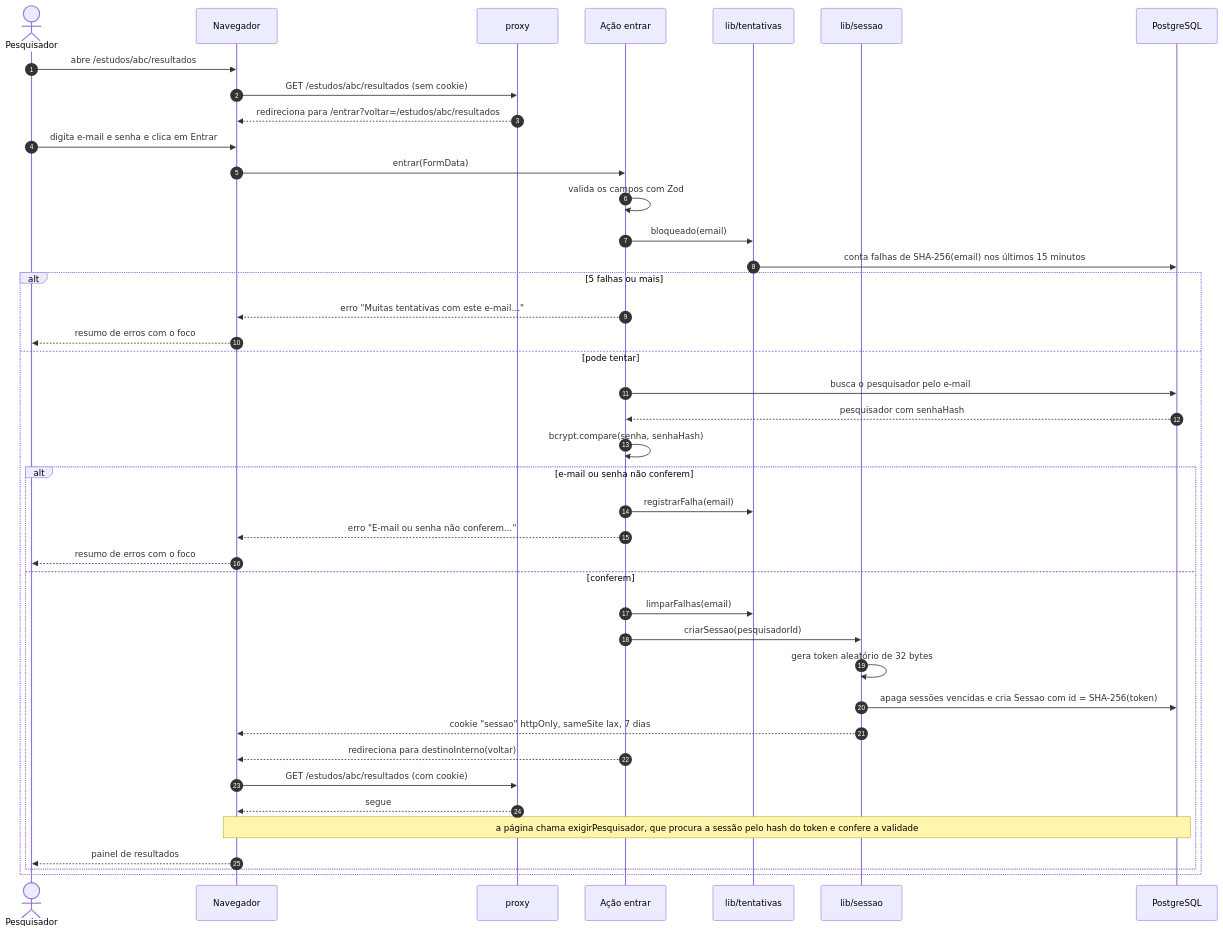
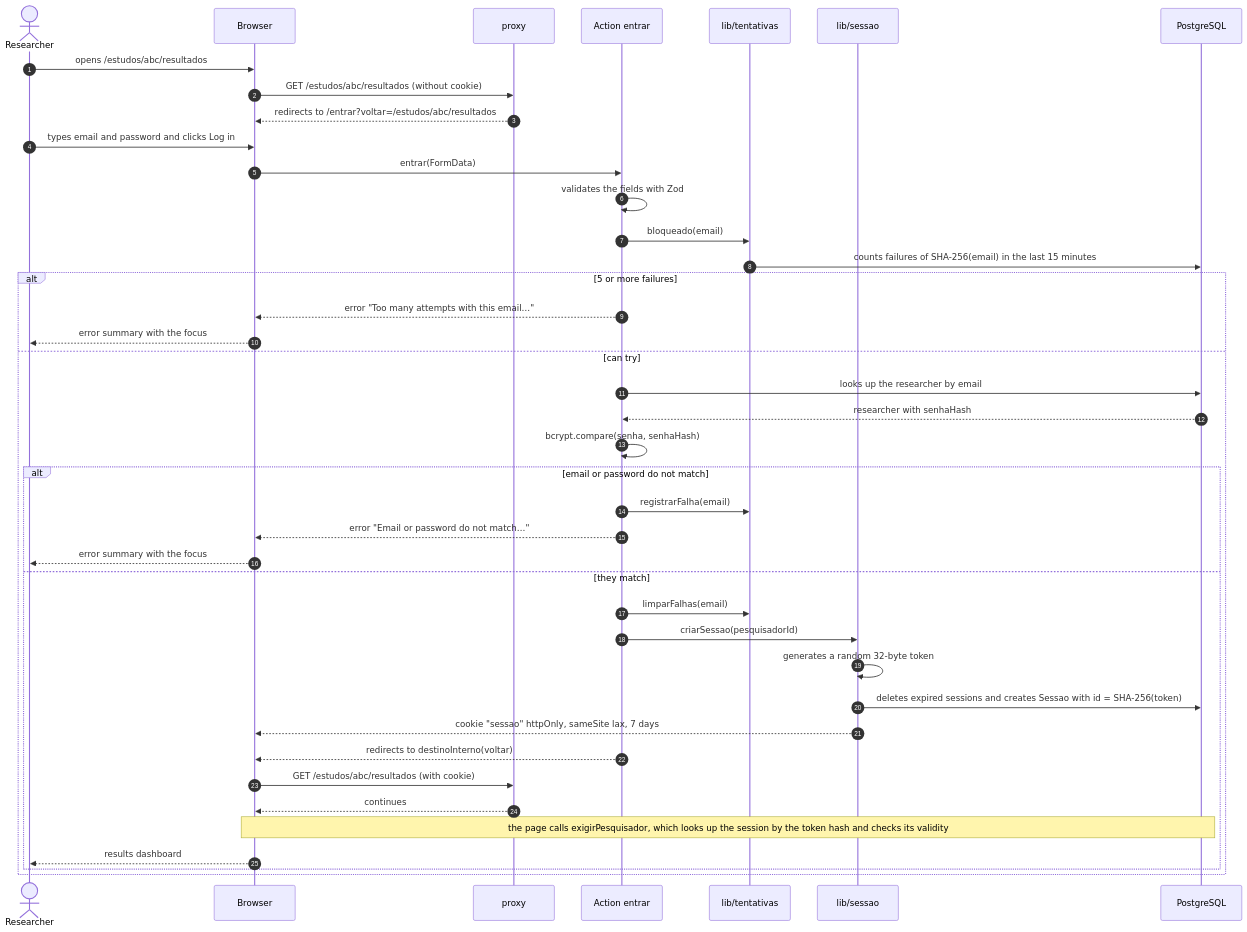
One commit to gabrielfjm/ueq_form_ihc changed the first of 8 diagrams in docs/documentacao/diagramas-de-sequencia.md. Above: the diagram before and after it, drawn with Mermaid. The commit also changed other lines of this file and 151 other files, not shown here.

First line of the commit message:
mostra a documentação no idioma da interface, com os diagramas em inglês

````diff
--- a/docs/documentacao/diagramas-de-sequencia.md
+++ b/docs/documentacao/diagramas-de-sequencia.md
@@ -33,44 +33,44 @@
 ```mermaid
 sequenceDiagram
     autonumber
-    actor Pesq as Pesquisador
-    participant Nav as Navegador
+    actor Pesq as Researcher
+    participant Nav as Browser
     participant Proxy as proxy
-    participant Acao as Ação entrar
+    participant Acao as Action entrar
     participant Tent as lib/tentativas
     participant Sessao as lib/sessao
     participant BD as PostgreSQL
 
-    Pesq->>Nav: abre /estudos/abc/resultados
-    Nav->>Proxy: GET /estudos/abc/resultados (sem cookie)
-    Proxy-->>Nav: redireciona para /entrar?voltar=/estudos/abc/resultados
-    Pesq->>Nav: digita e-mail e senha e clica em Entrar
+    Pesq->>Nav: opens /estudos/abc/resultados
+    Nav->>Proxy: GET /estudos/abc/resultados (without cookie)
+    Proxy-->>Nav: redirects to /entrar?voltar=/estudos/abc/resultados
+    Pesq->>Nav: types email and password and clicks Log in
     Nav->>Acao: entrar(FormData)
-    Acao->>Acao: valida os campos com Zod
+    Acao->>Acao: validates the fields with Zod
     Acao->>Tent: bloqueado(email)
-    Tent->>BD: conta falhas de SHA-256(email) nos últimos 15 minutos
-    alt 5 falhas ou mais
-        Acao-->>Nav: erro "Muitas tentativas com este e-mail…"
-        Nav-->>Pesq: resumo de erros com o foco
-    else pode tentar
-        Acao->>BD: busca o pesquisador pelo e-mail
-        BD-->>Acao: pesquisador com senhaHash
+    Tent->>BD: counts failures of SHA-256(email) in the last 15 minutes
+    alt 5 or more failures
+        Acao-->>Nav: error "Too many attempts with this email…"
+        Nav-->>Pesq: error summary with the focus
+    else can try
+        Acao->>BD: looks up the researcher by email
+        BD-->>Acao: researcher with senhaHash
         Acao->>Acao: bcrypt.compare(senha, senhaHash)
-        alt e-mail ou senha não conferem
+        alt email or password do not match
             Acao->>Tent: registrarFalha(email)
-            Acao-->>Nav: erro "E-mail ou senha não conferem…"
-            Nav-->>Pesq: resumo de erros com o foco
-        else conferem
+            Acao-->>Nav: error "Email or password do not match…"
+            Nav-->>Pesq: error summary with the focus
+        else they match
             Acao->>Tent: limparFalhas(email)
             Acao->>Sessao: criarSessao(pesquisadorId)
-            Sessao->>Sessao: gera token aleatório de 32 bytes
-            Sessao->>BD: apaga sessões vencidas e cria Sessao com id = SHA-256(token)
-            Sessao-->>Nav: cookie "sessao" httpOnly, sameSite lax, 7 dias
-            Acao-->>Nav: redireciona para destinoInterno(voltar)
-            Nav->>Proxy: GET /estudos/abc/resultados (com cookie)
-            Proxy-->>Nav: segue
-            Note over Nav,BD: a página chama exigirPesquisador, que procura a sessão pelo hash do token e confere a validade
-            Nav-->>Pesq: painel de resultados
+            Sessao->>Sessao: generates a random 32-byte token
+            Sessao->>BD: deletes expired sessions and creates Sessao with id = SHA-256(token)
+            Sessao-->>Nav: cookie "sessao" httpOnly, sameSite lax, 7 days
+            Acao-->>Nav: redirects to destinoInterno(voltar)
+            Nav->>Proxy: GET /estudos/abc/resultados (with cookie)
+            Proxy-->>Nav: continues
+            Note over Nav,BD: the page calls exigirPesquisador, which looks up the session by the token hash and checks its validity
+            Nav-->>Pesq: results dashboard
         end
     end
 ```
````
